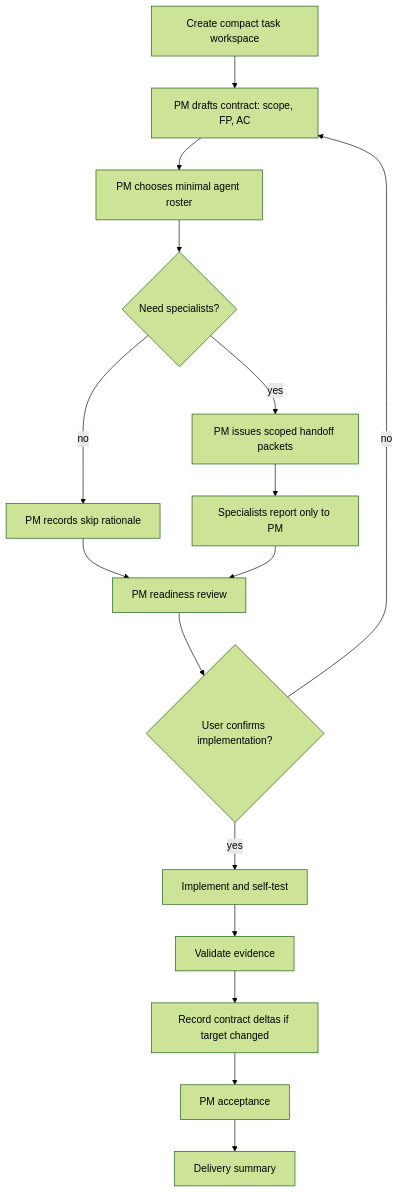
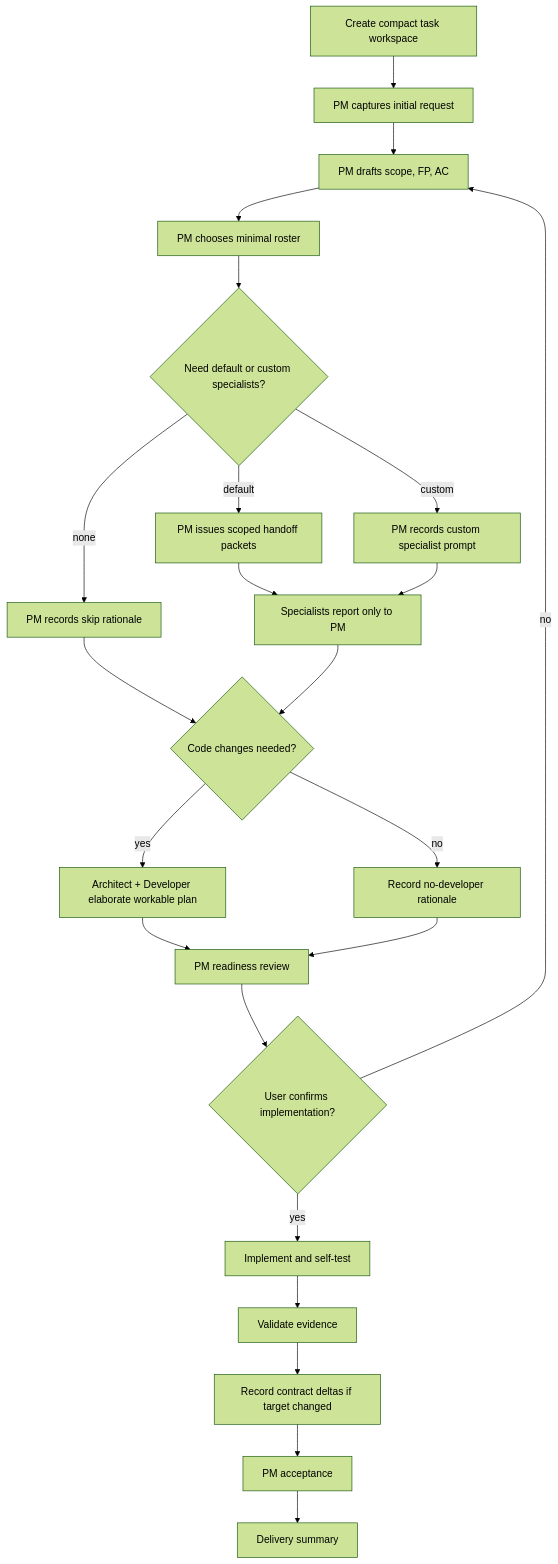
One commit to siyrs/dev-baseline changed the second of 4 diagrams in README.md. Above: the diagram before and after it, drawn with Mermaid (forest theme). The commit also changed other lines of this file, not shown here.

Commit message:
docs: update task flow diagram for custom agents

````diff
--- a/README.md
+++ b/README.md
@@ -47,18 +47,25 @@
 ```mermaid
 flowchart TD
-  A[Create compact task workspace] --> B[PM drafts contract: scope, FP, AC]
-  B --> C[PM chooses minimal agent roster]
-  C --> D{Need specialists?}
-  D -->|yes| E[PM issues scoped handoff packets]
-  D -->|no| F[PM records skip rationale]
-  E --> G[Specialists report only to PM]
-  F --> H[PM readiness review]
-  G --> H
-  H --> I{User confirms implementation?}
-  I -->|no| B
-  I -->|yes| J[Implement and self-test]
-  J --> K[Validate evidence]
-  K --> L[Record contract deltas if target changed]
-  L --> M[PM acceptance]
-  M --> N[Delivery summary]
+  A[Create compact task workspace] --> B[PM captures initial request]
+  B --> C[PM drafts scope, FP, AC]
+  C --> D[PM chooses minimal roster]
+  D --> E{Need default or custom specialists?}
+  E -->|default| F[PM issues scoped handoff packets]
+  E -->|custom| G[PM records custom specialist prompt]
+  E -->|none| H[PM records skip rationale]
+  F --> I[Specialists report only to PM]
+  G --> I
+  H --> J{Code changes needed?}
+  I --> J
+  J -->|yes| K[Architect + Developer elaborate workable plan]
+  J -->|no| L[Record no-developer rationale]
+  K --> M[PM readiness review]
+  L --> M
+  M --> N{User confirms implementation?}
+  N -->|no| C
+  N -->|yes| O[Implement and self-test]
+  O --> P[Validate evidence]
+  P --> Q[Record contract deltas if target changed]
+  Q --> R[PM acceptance]
+  R --> S[Delivery summary]
 ```
````
